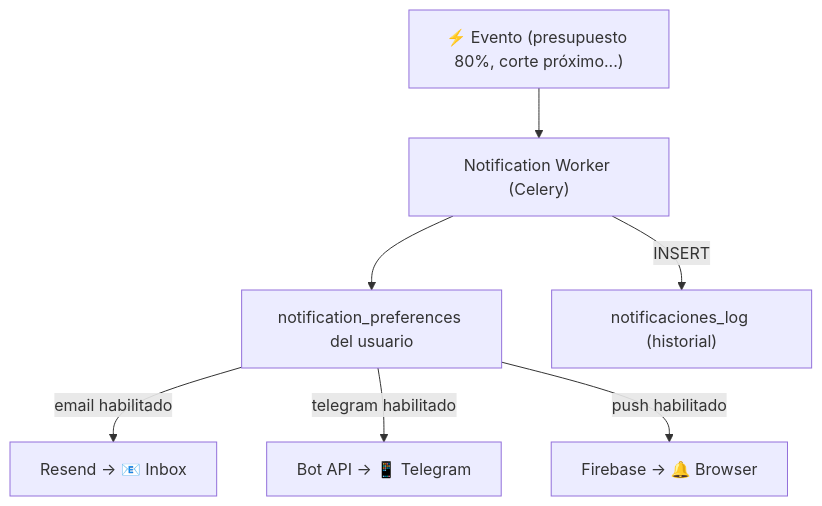
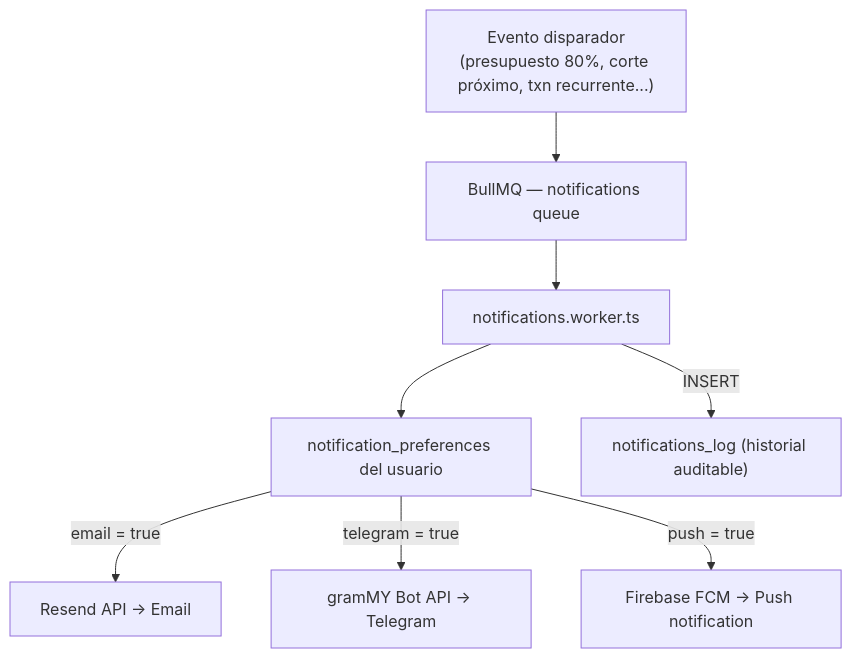
Before and after one commit to root-jeff/Sotang-Documentation: the sixth of 8 diagrams in arquitectura/data-flows.md, drawn with Mermaid. The commit also changed other lines of this file and 17 other files, not shown here.

````diff
--- a/arquitectura/data-flows.md
+++ b/arquitectura/data-flows.md
@@ -109,14 +112,15 @@
 ```mermaid
 graph TD
-    EVENT["⚡ Evento (presupuesto 80%, corte próximo...)"]
-    WORKER["Notification Worker (Celery)"]
-    DB_NOTIF["notification_preferences del usuario"]
+    EVENT["Evento disparador\n(presupuesto 80%, corte próximo, txn recurrente...)"]
+    QUEUE["BullMQ — notifications queue"]
+    WORKER["notifications.worker.ts"]
+    PREFS["notification_preferences del usuario"]
 
-    EVENT --> WORKER --> DB_NOTIF
+    EVENT --> QUEUE --> WORKER --> PREFS
 
-    DB_NOTIF -->|"email habilitado"| RESEND["Resend → 📧 Inbox"]
-    DB_NOTIF -->|"telegram habilitado"| TGAPI["Bot API → 📱 Telegram"]
-    DB_NOTIF -->|"push habilitado"| FCM["Firebase → 🔔 Browser"]
+    PREFS -->|"email = true"| RESEND["Resend API → Email"]
+    PREFS -->|"telegram = true"| TGAPI["gramMY Bot API → Telegram"]
+    PREFS -->|"push = true"| FCM["Firebase FCM → Push notification"]
 
-    WORKER -->|"INSERT"| LOG["notificaciones_log (historial)"]
+    WORKER -->|"INSERT"| LOG["notifications_log (historial auditable)"]
 ```
````
